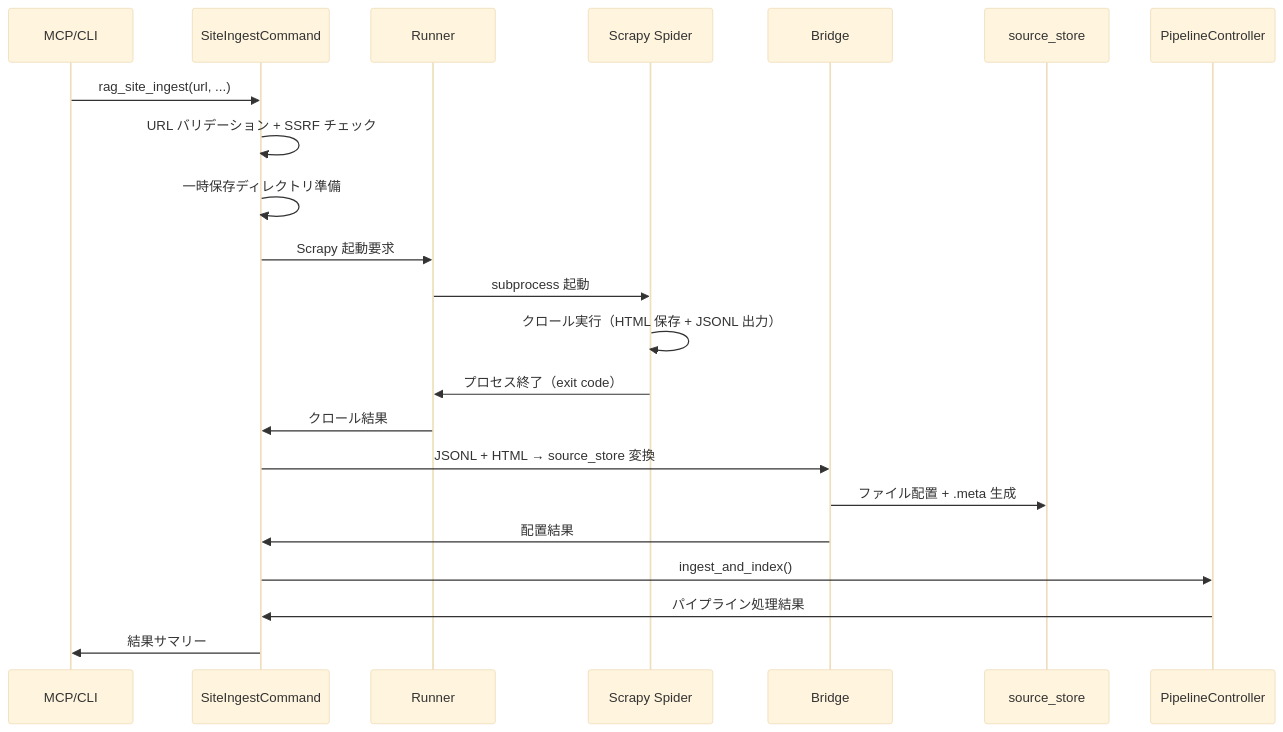
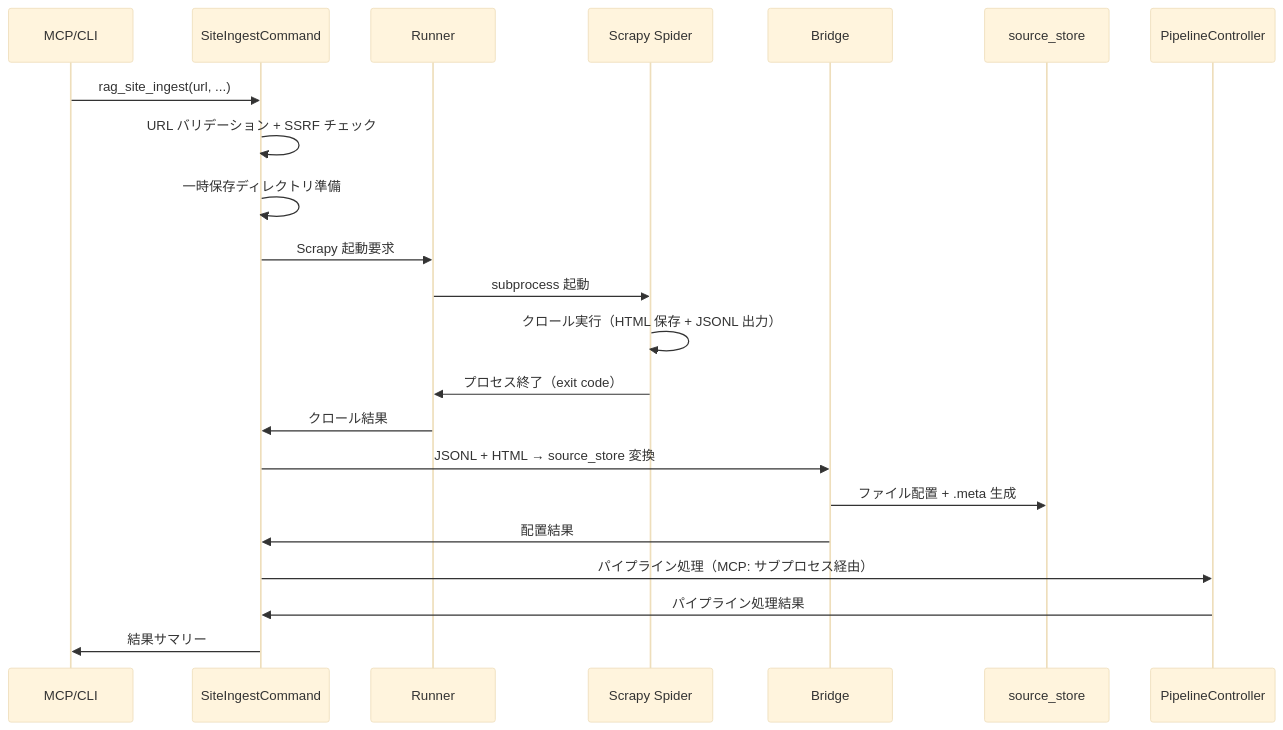
One commit to becky3/rag-knowledge changed the second of 2 diagrams in docs/specs/site-ingest.md. Above: the diagram before and after it, drawn with Mermaid (base theme). The commit also changed 4 other files, not shown here.

````diff
--- a/docs/specs/site-ingest.md
+++ b/docs/specs/site-ingest.md
@@ -340,25 +340,25 @@
 ```mermaid
 sequenceDiagram
     participant USER as MCP/CLI
     participant CMD as SiteIngestCommand
     participant RUNNER as Runner
     participant SPIDER as Scrapy Spider
     participant BRIDGE as Bridge
     participant SS as source_store
     participant PC as PipelineController
 
     USER->>CMD: rag_site_ingest(url, ...)
     CMD->>CMD: URL バリデーション + SSRF チェック
     CMD->>CMD: 一時保存ディレクトリ準備
     CMD->>RUNNER: Scrapy 起動要求
     RUNNER->>SPIDER: subprocess 起動
     SPIDER->>SPIDER: クロール実行（HTML 保存 + JSONL 出力）
     SPIDER->>RUNNER: プロセス終了（exit code）
     RUNNER->>CMD: クロール結果
     CMD->>BRIDGE: JSONL + HTML → source_store 変換
     BRIDGE->>SS: ファイル配置 + .meta 生成
     BRIDGE->>CMD: 配置結果
-    CMD->>PC: ingest_and_index()
+    CMD->>PC: パイプライン処理（MCP: サブプロセス経由）
     PC->>CMD: パイプライン処理結果
     CMD->>USER: 結果サマリー
 ```
````
